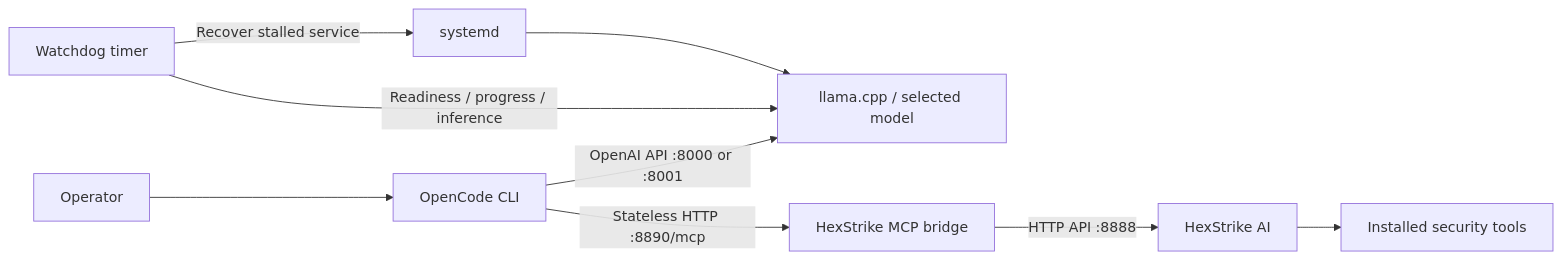
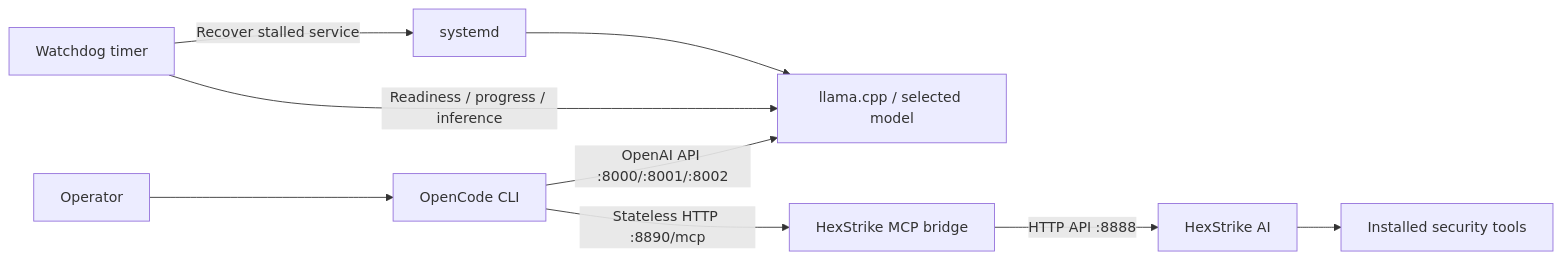
The diagram in README.md (I7MD979/The_Pharoh_Agent_V5), drawn with Mermaid before and after one commit. The commit also changed other lines of this file and 3 other files, not shown here.

````diff
--- a/README.md
+++ b/README.md
@@ -29,11 +29,11 @@
 ```mermaid
 flowchart LR
     U[Operator] --> O[OpenCode CLI]
-    O -->|OpenAI API :8000 or :8001| L[llama.cpp / selected model]
+    O -->|OpenAI API :8000/:8001/:8002| L[llama.cpp / selected model]
     O -->|Stateless HTTP :8890/mcp| B[HexStrike MCP bridge]
     B -->|HTTP API :8888| H[HexStrike AI]
     H --> T[Installed security tools]
     W[Watchdog timer] -->|Readiness / progress / inference| L
     W -->|Recover stalled service| S[systemd]
     S --> L
 ```
````
